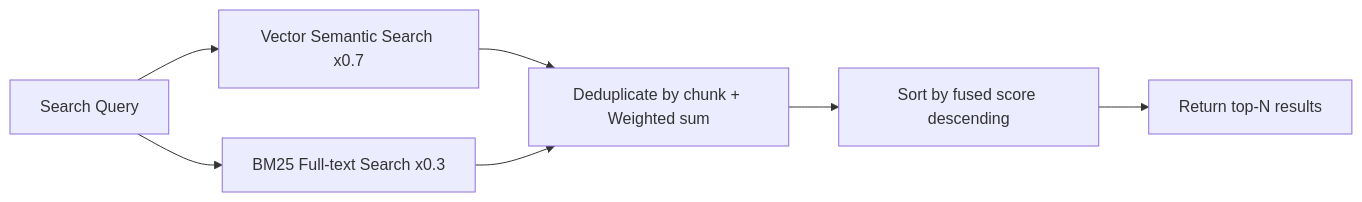
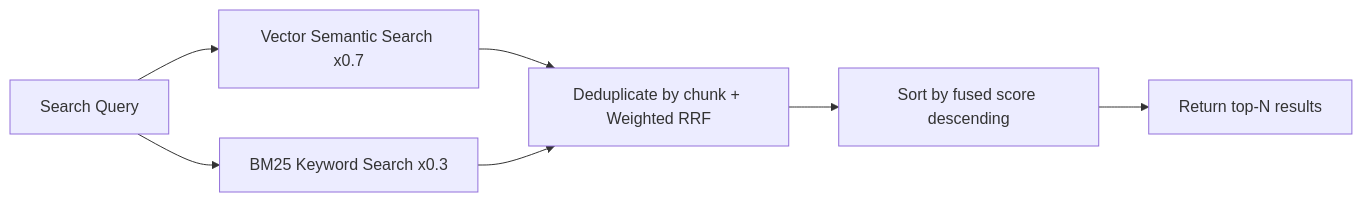
The second of 2 diagrams in website/public/docs/memory.en.md (agentscope-ai/QwenPaw), drawn with Mermaid before and after one commit. The commit also changed other lines of this file and 5 other files, not shown here.

````diff
--- a/website/public/docs/memory.en.md
+++ b/website/public/docs/memory.en.md
@@ -161,9 +174,9 @@
 ```mermaid
 graph LR
     Query[Search Query] --> Vector[Vector Semantic Search x0.7]
-    Query --> BM25[BM25 Full-text Search x0.3]
-    Vector --> Merge[Deduplicate by chunk + Weighted sum]
+    Query --> BM25[BM25 Keyword Search x0.3]
+    Vector --> Merge[Deduplicate by chunk + Weighted RRF]
     BM25 --> Merge
     Merge --> Sort[Sort by fused score descending]
     Sort --> Results[Return top-N results]
 ```
````
